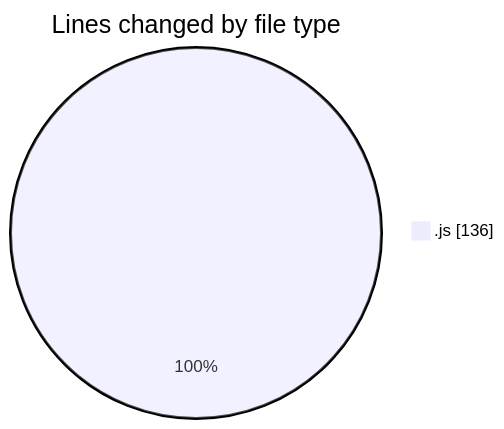
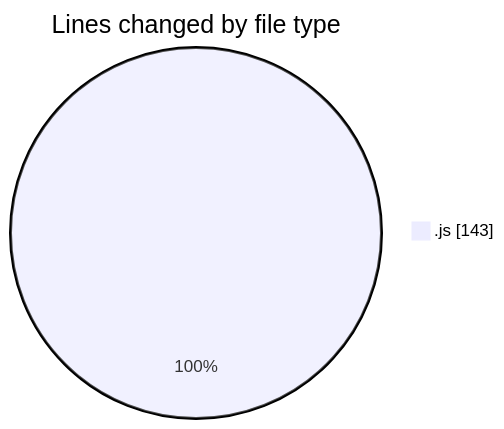
One commit to Ritupan-Deka/code-tracking changed the first of 2 diagrams in 2025-07-19/mern-workoutboard/README.md. Above: the diagram before and after it, drawn with Mermaid. The commit also changed other lines of this file and 1 other file, not shown here.

````diff
--- a/2025-07-19/mern-workoutboard/README.md
+++ b/2025-07-19/mern-workoutboard/README.md
@@ -21,5 +21,5 @@
 ```mermaid
 pie showData
 title Lines changed by file type
-".js" : 136
+".js" : 143
 ```
````
